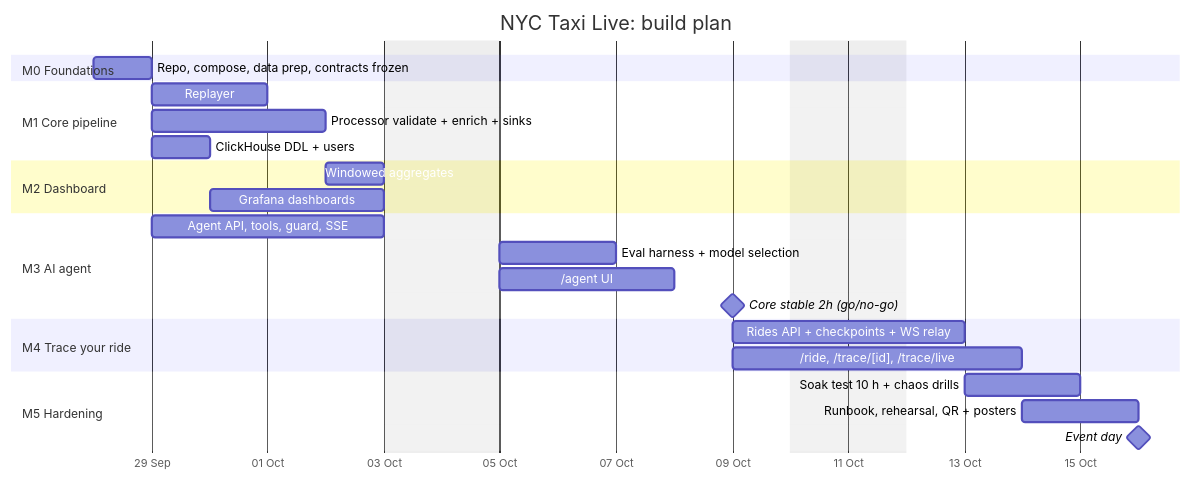
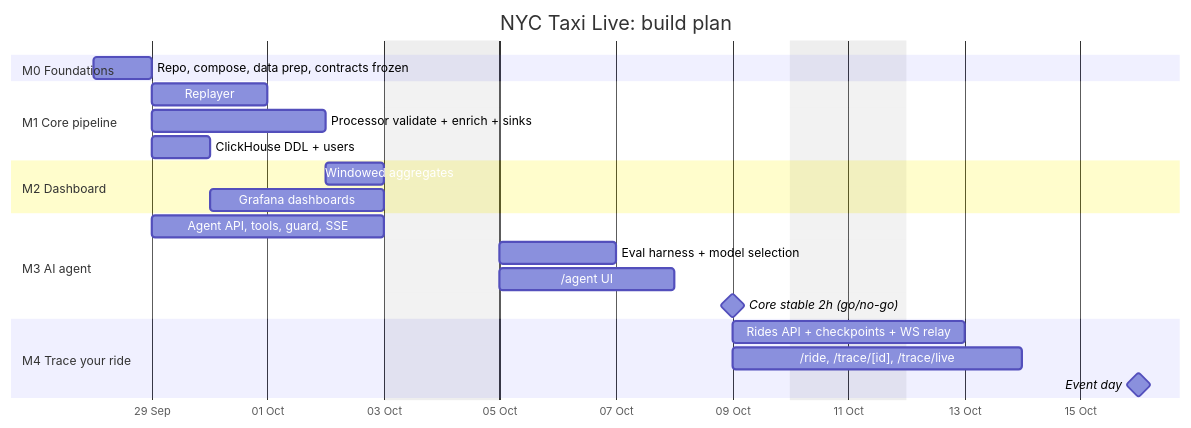
One commit to VasileBordeiA/aod_dateEngineering changed the tenth of 12 diagrams in docs/DIAGRAMS.md. Above: the diagram before and after it, drawn with Mermaid. The commit also changed other lines of this file and 12 other files, not shown here.

Commit message:
docs: drop M5 (soak, chaos drills, preflight, /architecture); pre-event testing is manual (ADR-021)

````diff
--- a/docs/DIAGRAMS.md
+++ b/docs/DIAGRAMS.md
@@ -387,29 +387,26 @@
 ```mermaid
 gantt
     title NYC Taxi Live: build plan
     dateFormat YYYY-MM-DD
     excludes weekends
     axisFormat %d %b
 
     section M0 Foundations
     Repo, compose, data prep, contracts frozen :m0, 2026-09-28, 1d
     section M1 Core pipeline
     Replayer                                   :a1, after m0, 2d
     Processor validate + enrich + sinks        :a2, after m0, 3d
     ClickHouse DDL + users                     :a3, after m0, 1d
     section M2 Dashboard
     Windowed aggregates                        :a4, after a2, 1d
     Grafana dashboards                         :c1, after a3, 3d
     section M3 AI agent
     Agent API, tools, guard, SSE               :b1, after m0, 4d
     Eval harness + model selection             :b2, after b1, 2d
     /agent UI                                  :c2, after c1, 3d
     Core stable 2h (go/no-go)                  :milestone, gng, 2026-10-09, 0d
     section M4 Trace your ride
     Rides API + checkpoints + WS relay         :b3, 2026-10-09, 2d
     /ride, /trace/[id], /trace/live            :c3, 2026-10-09, 3d
-    section M5 Hardening
-    Soak test 10 h + chaos drills              :h1, 2026-10-13, 2d
-    Runbook, rehearsal, QR + posters           :h2, 2026-10-14, 2d
     Event day                                  :milestone, ev, 2026-10-16, 0d
 ```
````
